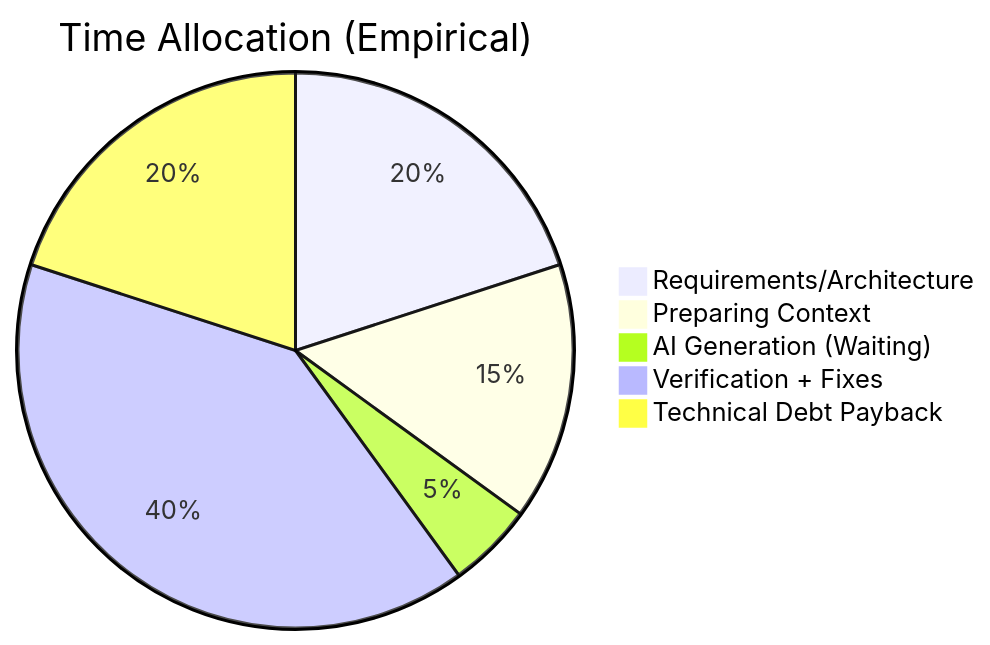
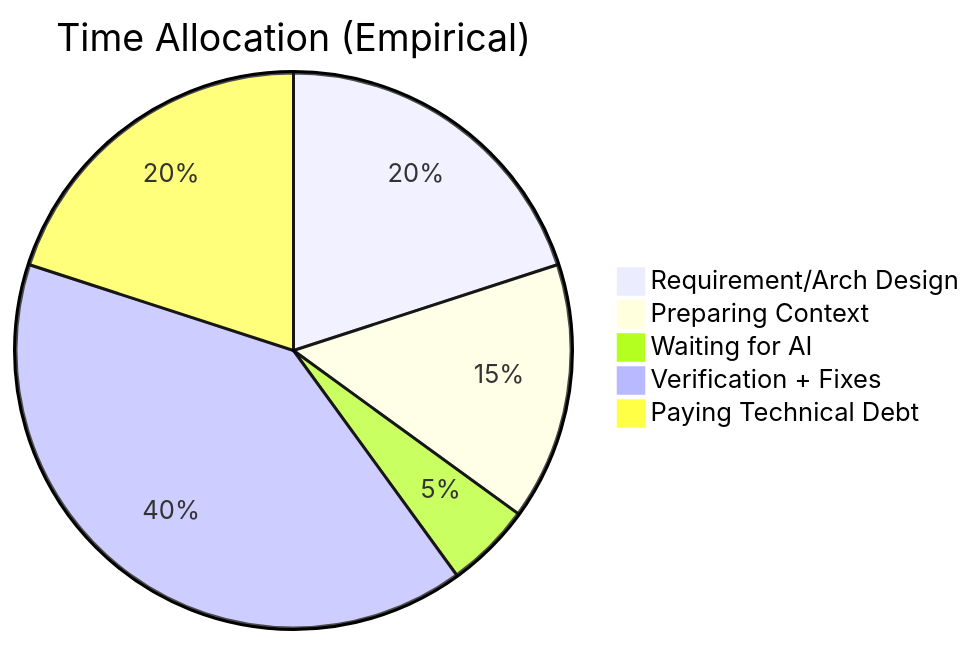
One commit to ferstar/blog changed the third of 5 diagrams in content.en/posts/issue-94.md. Above: the diagram before and after it, drawn with Mermaid. The commit also changed other lines of this file, not shown here.

````diff
--- a/content.en/posts/issue-94.md
+++ b/content.en/posts/issue-94.md
@@ -122,8 +156,8 @@
 ```mermaid
 pie title Time Allocation (Empirical)
-    "Requirements/Architecture" : 20
+    "Requirement/Arch Design" : 20
     "Preparing Context" : 15
-    "AI Generation (Waiting)" : 5
+    "Waiting for AI" : 5
     "Verification + Fixes" : 40
-    "Technical Debt Payback" : 20
+    "Paying Technical Debt" : 20
 ```
````
